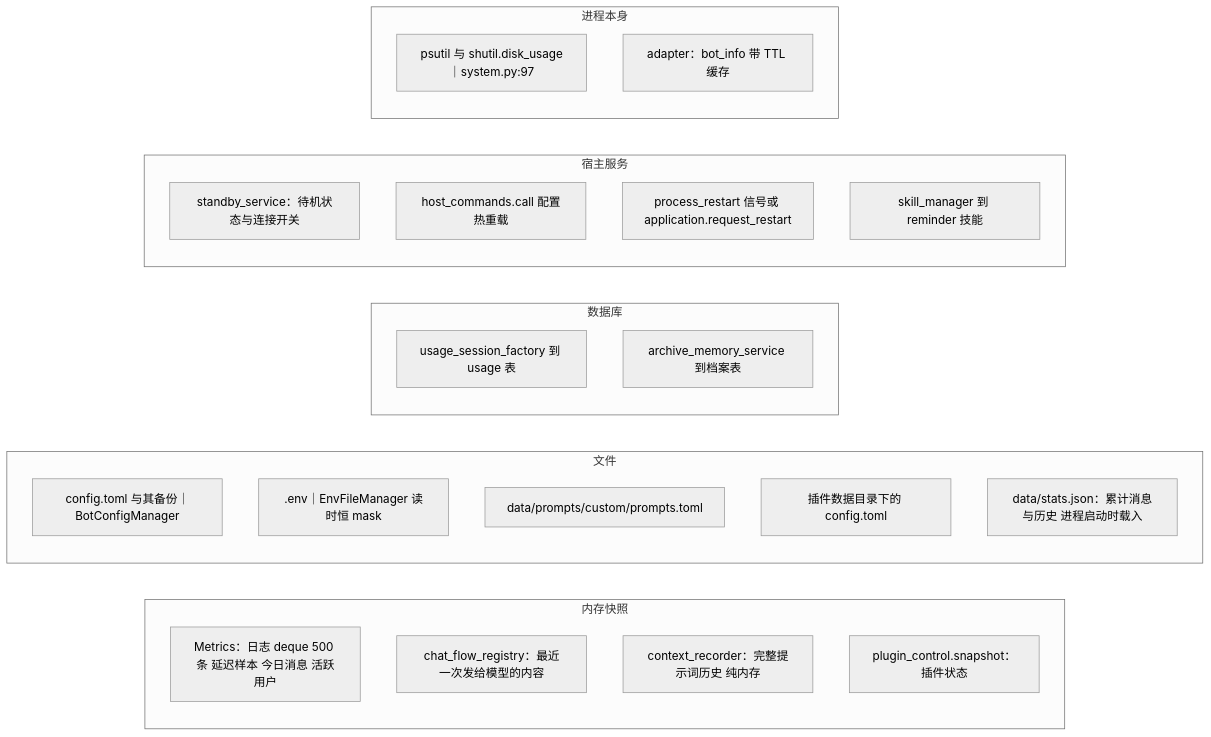
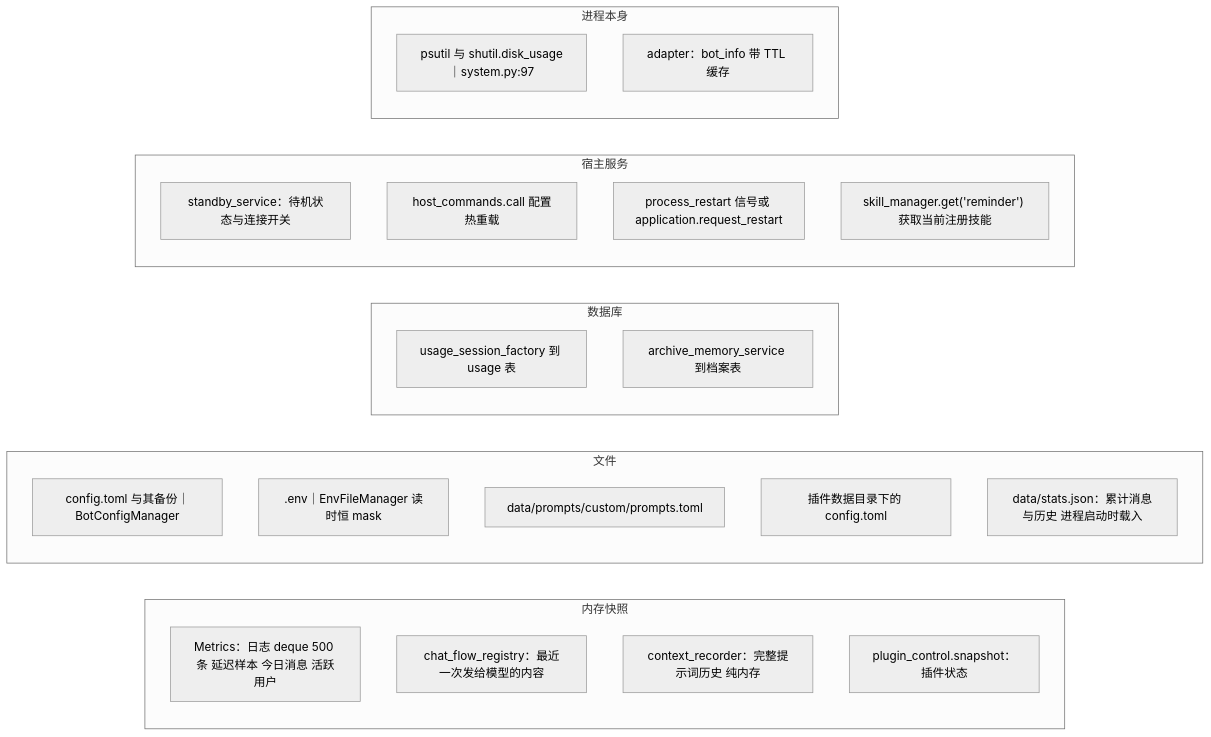
One commit to SuperQuail/NeoBot changed the eighth of 14 diagrams in docs/flow/09b-dashboard-api.md. Above: the diagram before and after it, drawn with Mermaid (neutral theme). The commit also changed other lines of this file and 1 other file, not shown here.

````diff
--- a/docs/flow/09b-dashboard-api.md
+++ b/docs/flow/09b-dashboard-api.md
@@ -317,30 +317,30 @@
 ```mermaid
 flowchart LR
     subgraph MEM["内存快照"]
       A1["Metrics：日志 deque 500 条 延迟样本 今日消息 活跃用户"]
       A2["chat_flow_registry：最近一次发给模型的内容"]
       A3["context_recorder：完整提示词历史 纯内存"]
       A4["plugin_control.snapshot：插件状态"]
     end
     subgraph DISK["文件"]
       B1["config.toml 与其备份｜BotConfigManager"]
       B2[".env｜EnvFileManager 读时恒 mask"]
       B3["data/prompts/custom/prompts.toml"]
       B4["插件数据目录下的 config.toml"]
       B5["data/stats.json：累计消息与历史 进程启动时载入"]
     end
     subgraph DBL["数据库"]
       C1["usage_session_factory 到 usage 表"]
       C2["archive_memory_service 到档案表"]
     end
     subgraph HOST["宿主服务"]
       D1["standby_service：待机状态与连接开关"]
       D2["host_commands.call 配置热重载"]
       D3["process_restart 信号或 application.request_restart"]
-      D4["skill_manager 到 reminder 技能"]
+      D4["skill_manager.get('reminder') 获取当前注册技能"]
     end
     subgraph SYS["进程本身"]
       E1["psutil 与 shutil.disk_usage｜system.py:97"]
       E2["adapter：bot_info 带 TTL 缓存"]
     end
 ```
````
